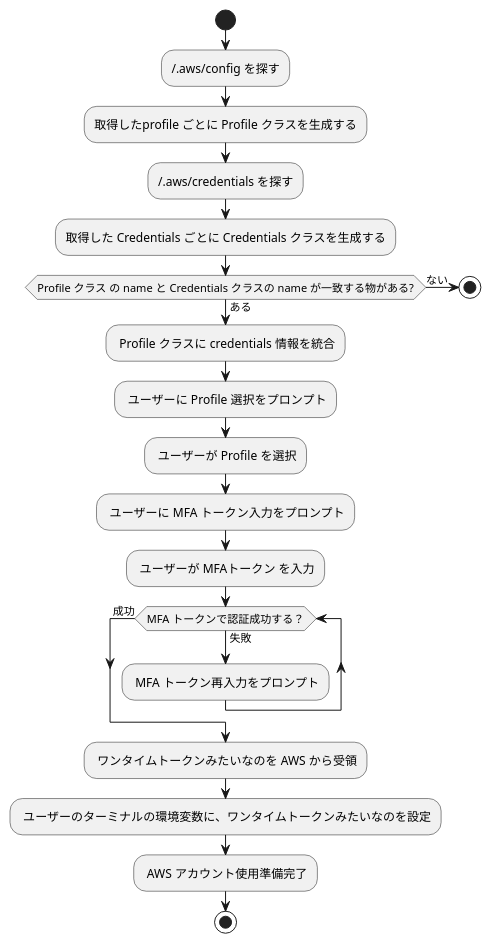
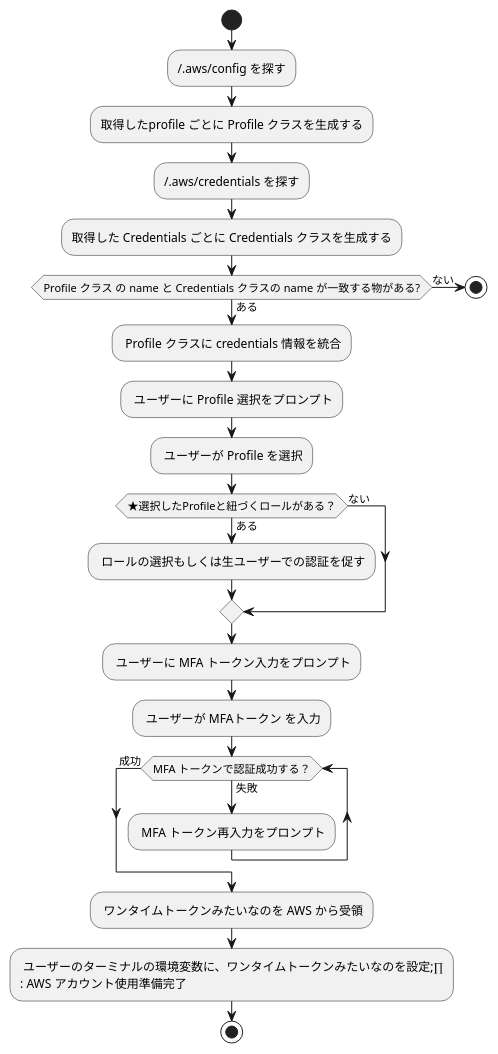
Before and after one commit to shivaq/set_aws_mfa: the diagram in docs/ActivityDiagram.md, drawn with PlantUML.

Commit message:
Mod:Activity図にロールの有無確認分岐を追加

````diff
--- a/docs/ActivityDiagram.md
+++ b/docs/ActivityDiagram.md
@@ -6,26 +6,31 @@
 ```plantuml
 @startuml
 
 start
 :~/.aws/config を探す;
 :取得したprofile ごとに Profile クラスを生成する;
 :~/.aws/credentials を探す;
 :取得した Credentials ごとに Credentials クラスを生成する;
 
 if (Profile クラス の name と Credentials クラスの name が一致する物がある?) then (ある)
 : Profile クラスに credentials 情報を統合;
 : ユーザーに Profile 選択をプロンプト;
 : ユーザーが Profile を選択;
-: ユーザーに MFA トークン入力をプロンプト;
-: ユーザーが MFAトークン を入力;
+
+if (★選択したProfileと紐づくロールがある？) then (ある)
+	: ロールの選択もしくは生ユーザーでの認証を促す;
+else (ない)
+endif
+	: ユーザーに MFA トークン入力をプロンプト;
+	: ユーザーが MFAトークン を入力;
 while (MFA トークンで認証成功する？) is (失敗)
     : MFA トークン再入力をプロンプト;
 endwhile (成功)
 : ワンタイムトークンみたいなのを AWS から受領;
-: ユーザーのターミナルの環境変数に、ワンタイムトークンみたいなのを設定;
+: ユーザーのターミナルの環境変数に、ワンタイムトークンみたいなのを設定;∏
 : AWS アカウント使用準備完了;
 stop
 else (ない)
     stop
 @enduml
 ```
````
